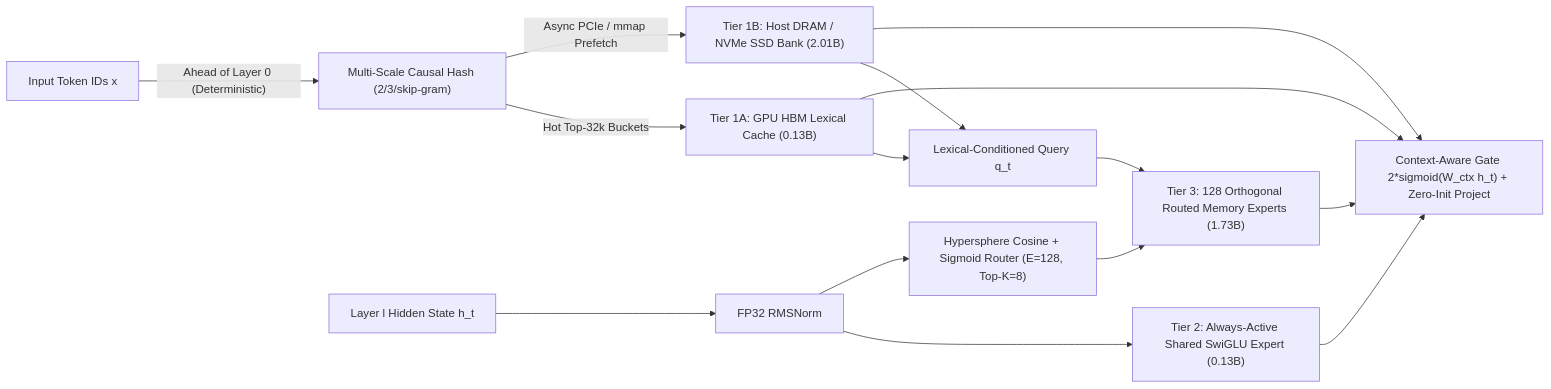
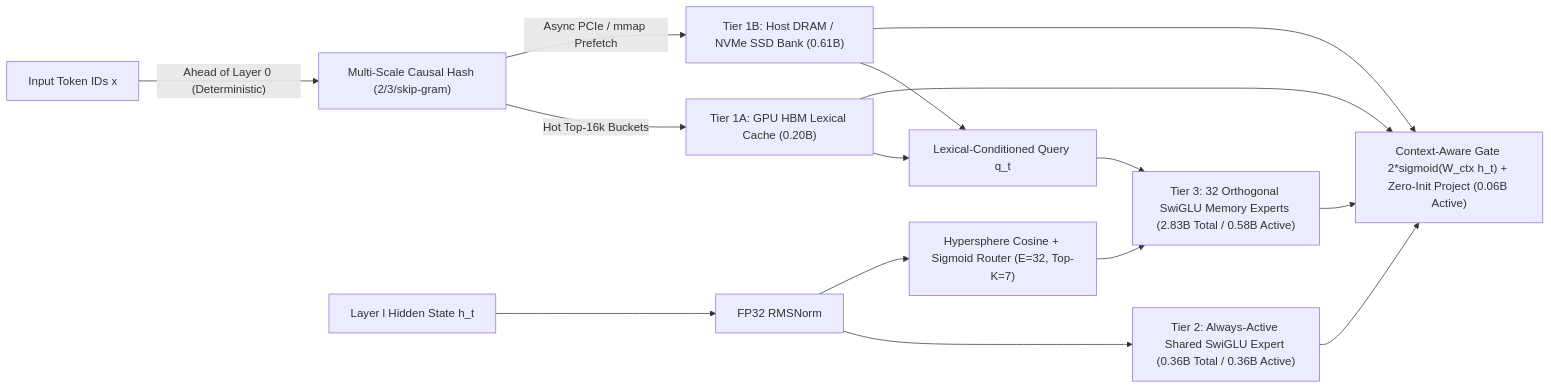
One commit to BaiTian6641/Spark-X2.6-Recursion changed the first of 3 diagrams in PLAN_SparkX_4B_En4B_v03.md. Above: the diagram before and after it, drawn with Mermaid. The commit also changed other lines of this file and 2 other files, not shown here.

````diff
--- a/PLAN_SparkX_4B_En4B_v03.md
+++ b/PLAN_SparkX_4B_En4B_v03.md
@@ -31,12 +34,12 @@
 ```mermaid
 flowchart LR
     Tok["Input Token IDs x"] -->|"Ahead of Layer 0 (Deterministic)"| Hash["Multi-Scale Causal Hash (2/3/skip-gram)"]
-    Hash -->|"Hot Top-32k Buckets"| T1A["Tier 1A: GPU HBM Lexical Cache (0.13B)"]
-    Hash -->|"Async PCIe / mmap Prefetch"| T1B["Tier 1B: Host DRAM / NVMe SSD Bank (2.01B)"]
+    Hash -->|"Hot Top-16k Buckets"| T1A["Tier 1A: GPU HBM Lexical Cache (0.20B)"]
+    Hash -->|"Async PCIe / mmap Prefetch"| T1B["Tier 1B: Host DRAM / NVMe SSD Bank (0.61B)"]
     H["Layer l Hidden State h_t"] --> Norm["FP32 RMSNorm"]
-    Norm --> T2["Tier 2: Always-Active Shared SwiGLU Expert (0.13B)"]
-    Norm --> Router["Hypersphere Cosine + Sigmoid Router (E=128, Top-K=8)"]
+    Norm --> T2["Tier 2: Always-Active Shared SwiGLU Expert (0.36B Total / 0.36B Active)"]
+    Norm --> Router["Hypersphere Cosine + Sigmoid Router (E=32, Top-K=7)"]
     T1A & T1B --> Query["Lexical-Conditioned Query q_t"]
-    Query & Router --> T3["Tier 3: 128 Orthogonal Routed Memory Experts (1.73B)"]
-    T1A & T1B & T2 & T3 --> Gate["Context-Aware Gate 2*sigmoid(W_ctx h_t) + Zero-Init Project"]
+    Query & Router --> T3["Tier 3: 32 Orthogonal SwiGLU Memory Experts (2.83B Total / 0.58B Active)"]
+    T1A & T1B & T2 & T3 --> Gate["Context-Aware Gate 2*sigmoid(W_ctx h_t) + Zero-Init Project (0.06B Active)"]
 ```
````
